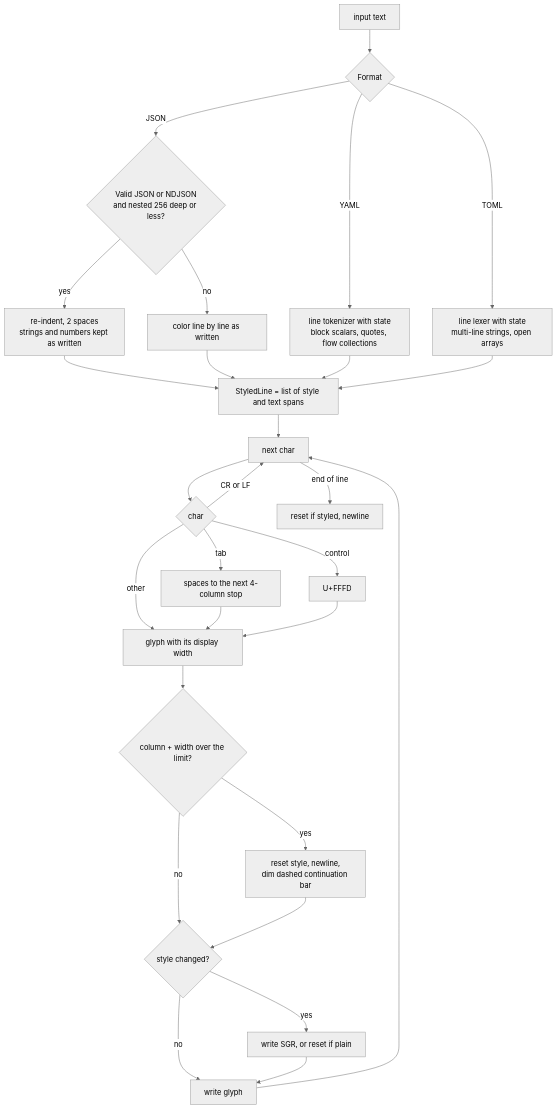
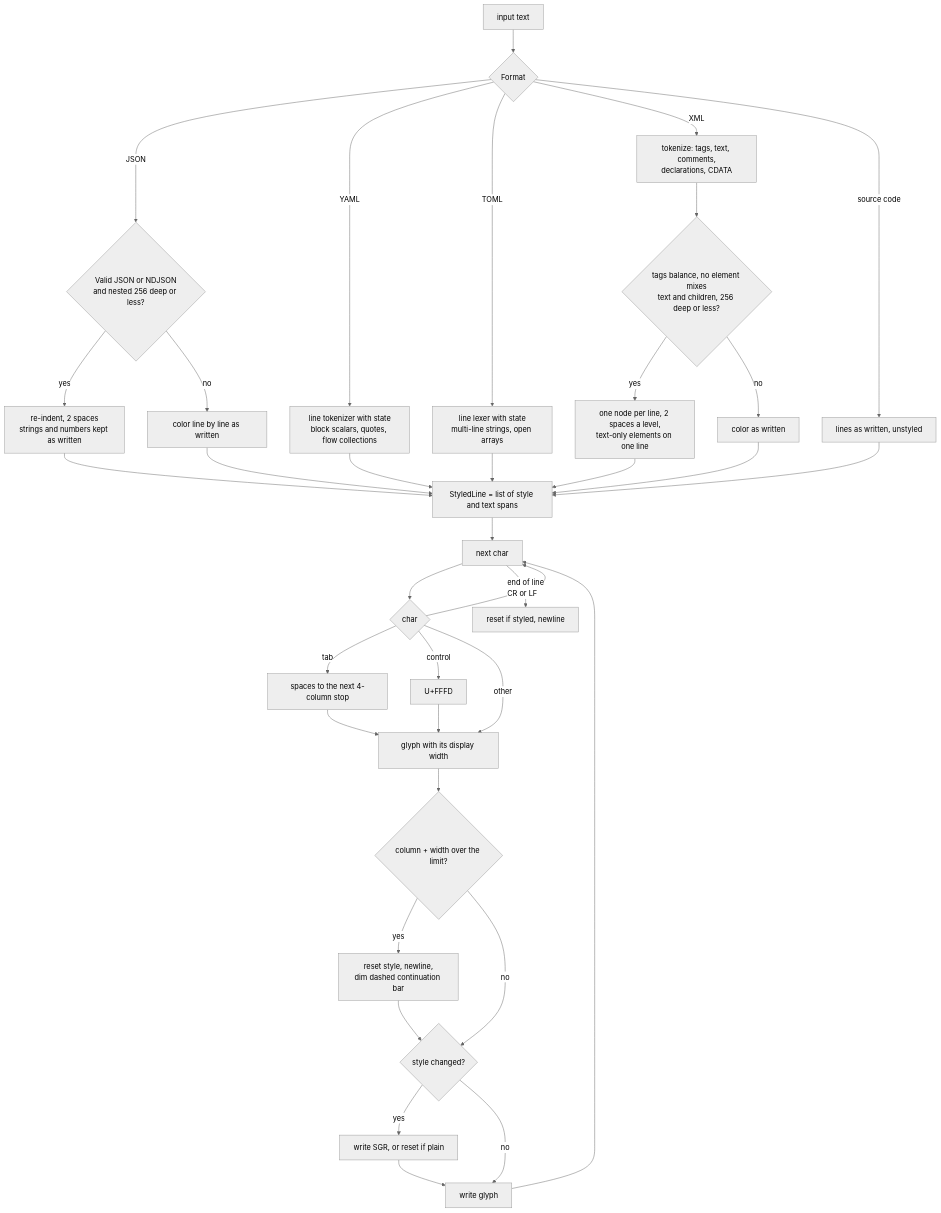
One commit to machinageist/mu changed the fifth of 8 diagrams in docs/wiki/logic-maps.md. Above: the diagram before and after it, drawn with Mermaid (neutral theme). The commit also changed other lines of this file and 2 other files, not shown here.

````diff
--- a/docs/wiki/logic-maps.md
+++ b/docs/wiki/logic-maps.md
@@ -173,30 +192,38 @@
 ```mermaid
 flowchart TD
   IN["input text"] --> F{"Format"}
   F -->|"JSON"| JV{"Valid JSON or NDJSON<br/>and nested 256 deep or less?"}
   JV -->|"yes"| JP["re-indent, 2 spaces<br/>strings and numbers kept as written"]
   JV -->|"no"| JR["color line by line as written"]
   F -->|"YAML"| Y["line tokenizer with state<br/>block scalars, quotes, flow collections"]
   F -->|"TOML"| T["line lexer with state<br/>multi-line strings, open arrays"]
+  F -->|"XML"| XT["tokenize: tags, text, comments,<br/>declarations, CDATA"]
+  XT --> XS{"tags balance, no element mixes<br/>text and children, 256 deep or less?"}
+  XS -->|"yes"| XP["one node per line, 2 spaces a level,<br/>text-only elements on one line"]
+  XS -->|"no"| XR["color as written"]
+  F -->|"source code"| CO["lines as written, unstyled"]
   JP --> L["StyledLine = list of style and text spans"]
+  XP --> L
+  XR --> L
+  CO --> L
   JR --> L
   Y --> L
   T --> L
   L --> C["next char"]
   C --> Q{"char"}
   Q -->|"CR or LF"| C
   Q -->|"tab"| TAB["spaces to the next 4-column stop"]
   Q -->|"control"| REP["U+FFFD"]
   Q -->|"other"| G["glyph with its display width"]
   TAB --> G
   REP --> G
   G --> OV{"column + width over the limit?"}
   OV -->|"yes"| BR["reset style, newline,<br/>dim dashed continuation bar"]
   OV -->|"no"| SC{"style changed?"}
   BR --> SC
   SC -->|"yes"| SG["write SGR, or reset if plain"]
   SC -->|"no"| PUSH["write glyph"]
   SG --> PUSH
   PUSH --> C
   C -->|"end of line"| EL["reset if styled, newline"]
 ```
````
